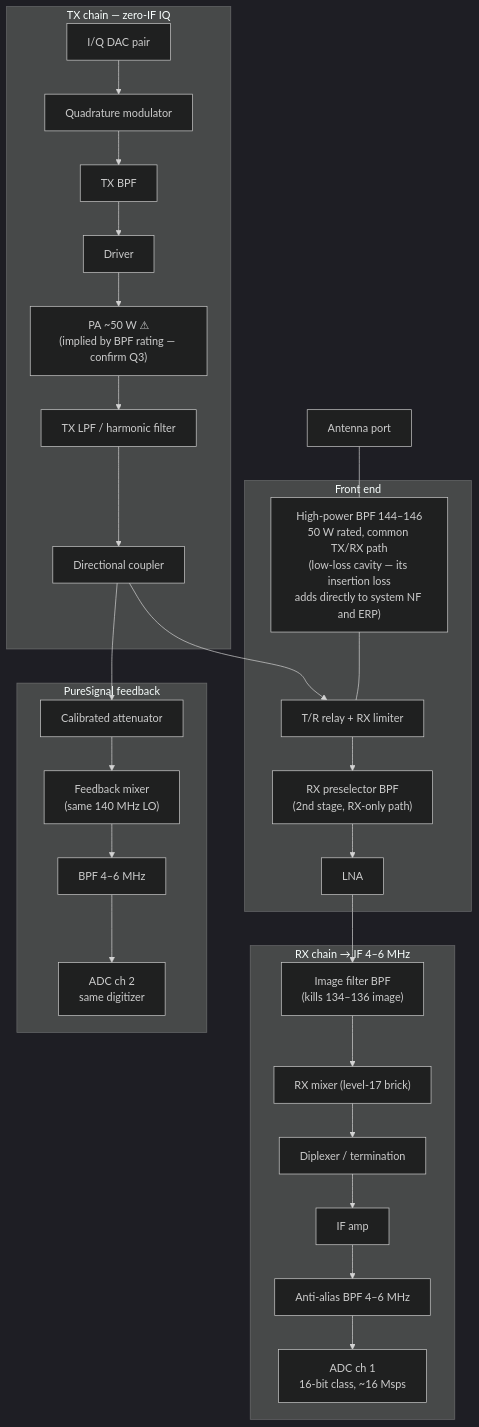
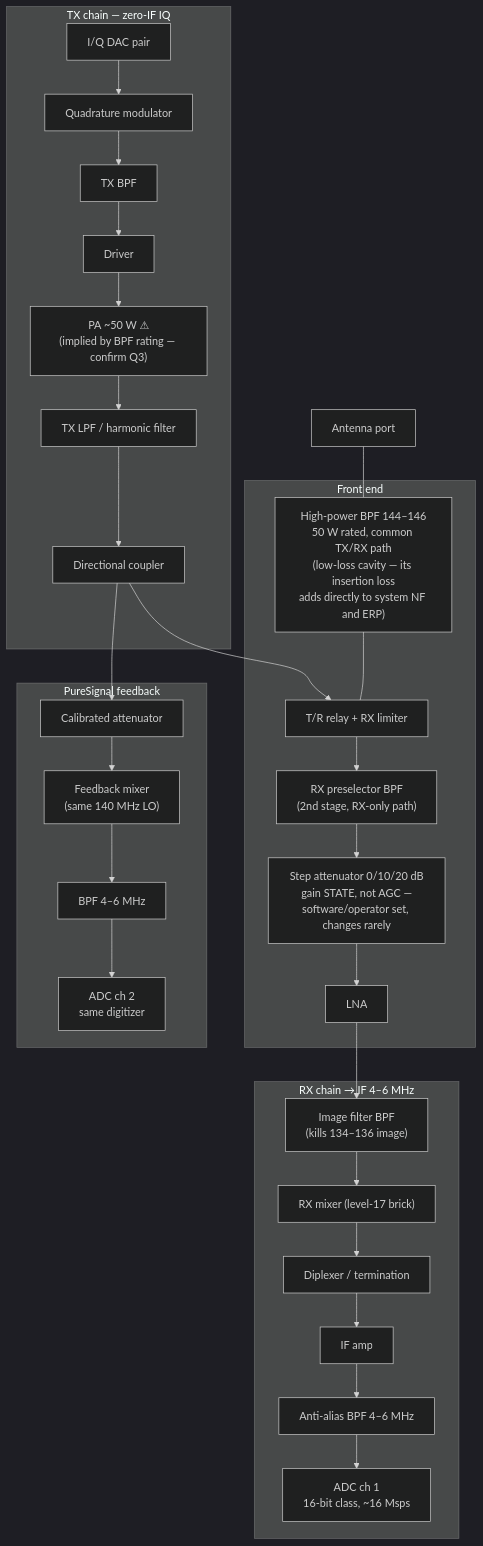
The first of 3 diagrams in docs/06-rf-head-block-diagram.md (nemanjan00/vhf-competitor), drawn with Mermaid (dark theme) before and after one commit. The commit also changed other lines of this file, not shown here.

Commit message:
docs: RX gain policy — fixed gain, step-attenuator gain states, DSP-only AGC

````diff
--- a/docs/06-rf-head-block-diagram.md
+++ b/docs/06-rf-head-block-diagram.md
@@ -10,42 +10,43 @@
 ```mermaid
 flowchart TB
     ANT[Antenna port]
 
     subgraph FE[Front end]
         HPBPF["High-power BPF 144–146<br/>50 W rated, common TX/RX path<br/>(low-loss cavity — its insertion loss<br/>adds directly to system NF and ERP)"]
         TR[T/R relay + RX limiter]
         PRESEL["RX preselector BPF<br/>(2nd stage, RX-only path)"]
+        ATT["Step attenuator 0/10/20 dB<br/>gain STATE, not AGC —<br/>software/operator set, changes rarely"]
         LNA[LNA]
     end
 
     subgraph RX[RX chain → IF 4–6 MHz]
         IMG["Image filter BPF<br/>(kills 134–136 image)"]
         RXMIX["RX mixer (level-17 brick)"]
         DIPLEX[Diplexer / termination]
         IFAMP[IF amp]
         AAF[Anti-alias BPF 4–6 MHz]
         ADC1[ADC ch 1<br/>16-bit class, ~16 Msps]
     end
 
     subgraph TXC[TX chain — zero-IF IQ]
         DACS[I/Q DAC pair]
         IQMOD[Quadrature modulator]
         TXBPF[TX BPF]
         DRV[Driver]
         PA["PA ~50 W ⚠<br/>(implied by BPF rating — confirm Q3)"]
         LPF[TX LPF / harmonic filter]
         COUP[Directional coupler]
     end
 
     subgraph FB[PureSignal feedback]
         FBATT[Calibrated attenuator]
         FBMIX["Feedback mixer<br/>(same 140 MHz LO)"]
         FBAAF[BPF 4–6 MHz]
         ADC2[ADC ch 2<br/>same digitizer]
     end
 
     ANT --- HPBPF --- TR
-    TR --> PRESEL --> LNA --> IMG --> RXMIX --> DIPLEX --> IFAMP --> AAF --> ADC1
+    TR --> PRESEL --> ATT --> LNA --> IMG --> RXMIX --> DIPLEX --> IFAMP --> AAF --> ADC1
     DACS --> IQMOD --> TXBPF --> DRV --> PA --> LPF --> COUP --> TR
     COUP --> FBATT --> FBMIX --> FBAAF --> ADC2
 ```
````
